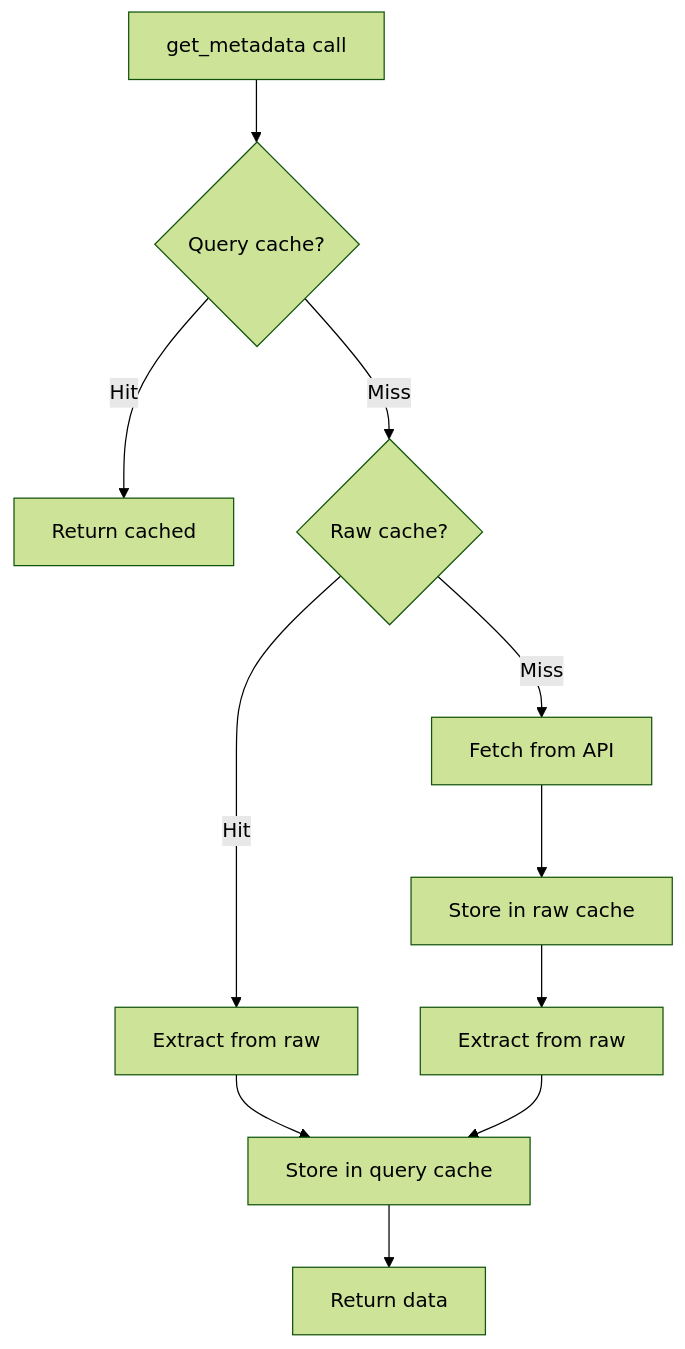
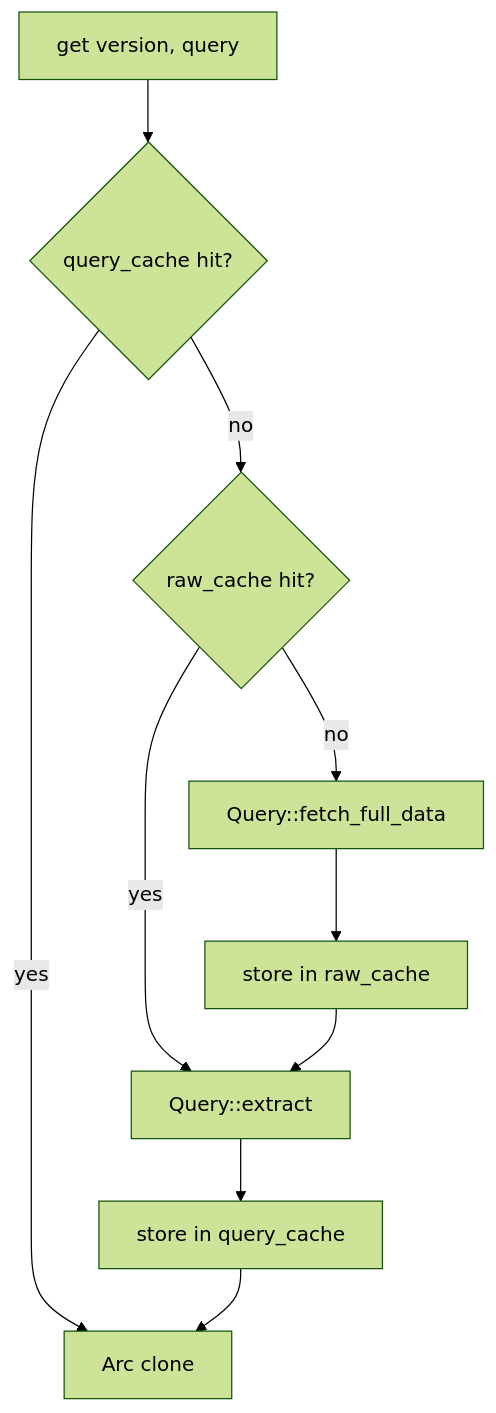
The diagram in crates/loaders/docs/cache.md (Lighty-Launcher/LightyLauncherLib), drawn with Mermaid (forest theme) before and after one commit. The commit also changed other lines of this file and 74 other files, not shown here.

````diff
--- a/crates/loaders/docs/cache.md
+++ b/crates/loaders/docs/cache.md
@@ -50,14 +30,13 @@
 ```mermaid
 flowchart TD
-    REQUEST[get_metadata call]
-    REQUEST --> QCACHE{Query cache?}
-    QCACHE -->|Hit| RETURN1[Return cached]
-    QCACHE -->|Miss| RCACHE{Raw cache?}
-    RCACHE -->|Hit| EXTRACT1[Extract from raw]
-    RCACHE -->|Miss| FETCH[Fetch from API]
-    FETCH --> STORE_RAW[Store in raw cache]
-    STORE_RAW --> EXTRACT2[Extract from raw]
-    EXTRACT1 --> STORE_Q[Store in query cache]
-    EXTRACT2 --> STORE_Q
-    STORE_Q --> RETURN2[Return data]
+    GET[get version, query]
+    GET --> Q{query_cache hit?}
+    Q -->|yes| RET[Arc clone]
+    Q -->|no| R{raw_cache hit?}
+    R -->|yes| EXTRACT[Query::extract]
+    R -->|no| FETCH[Query::fetch_full_data]
+    FETCH --> RSTORE[store in raw_cache]
+    RSTORE --> EXTRACT
+    EXTRACT --> QSTORE[store in query_cache]
+    QSTORE --> RET
 ```
````
